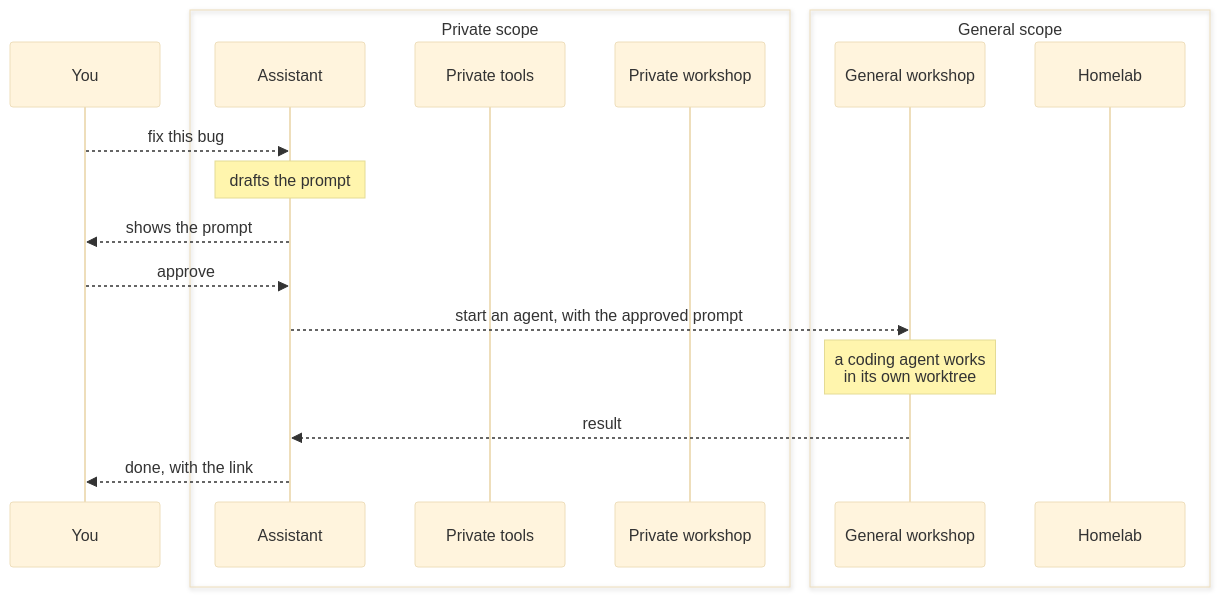
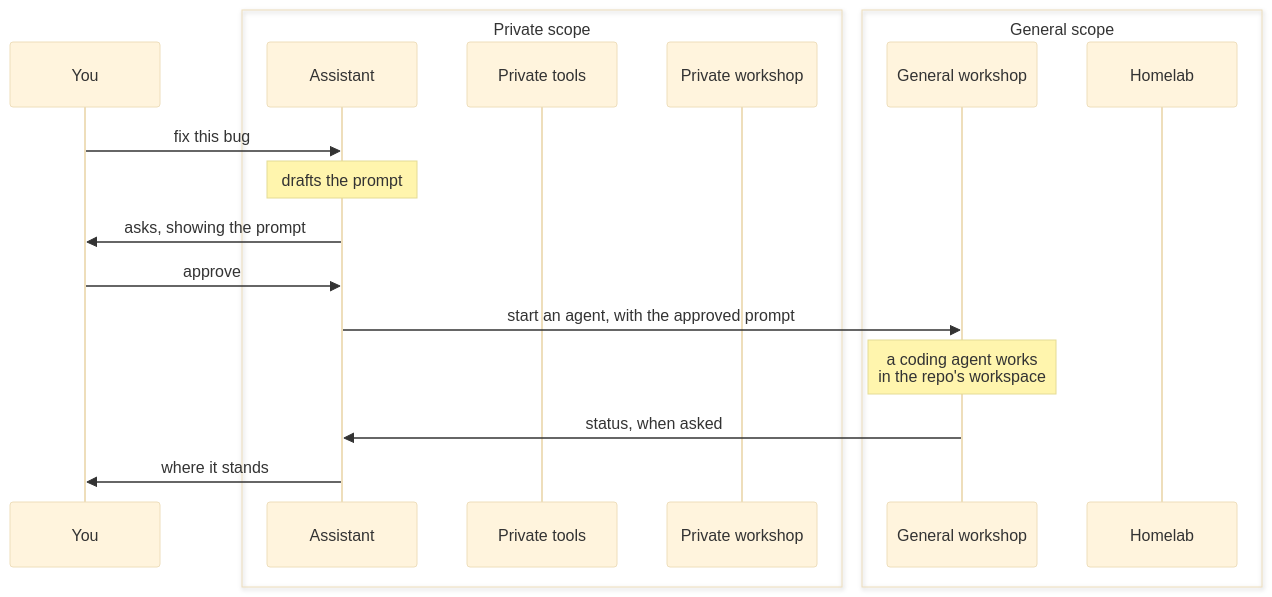
Before and after one commit to h-wb/home-ops: the fourth of 7 diagrams in kubernetes/apps/main/llm/docs/flows.md, drawn with Mermaid (base theme). The commit also changed other lines of this file and 13 other files, not shown here.

````diff
--- a/kubernetes/apps/main/llm/docs/flows.md
+++ b/kubernetes/apps/main/llm/docs/flows.md
@@ -143,21 +143,21 @@
 ```mermaid
 sequenceDiagram
     participant Y as You
     box Private scope
         participant H as Assistant
         participant T as Private tools
         participant P as Private workshop
     end
     box General scope
         participant G as General workshop
         participant X as Homelab
     end
-    Y-->>H: fix this bug
+    Y->>H: fix this bug
     Note over H: drafts the prompt
-    H-->>Y: shows the prompt
-    Y-->>H: approve
-    H-->>G: start an agent, with the approved prompt
-    Note over G: a coding agent works<br/>in its own worktree
-    G-->>H: result
-    H-->>Y: done, with the link
+    H->>Y: asks, showing the prompt
+    Y->>H: approve
+    H->>G: start an agent, with the approved prompt
+    Note over G: a coding agent works<br/>in the repo's workspace
+    G->>H: status, when asked
+    H->>Y: where it stands
 ```
````
